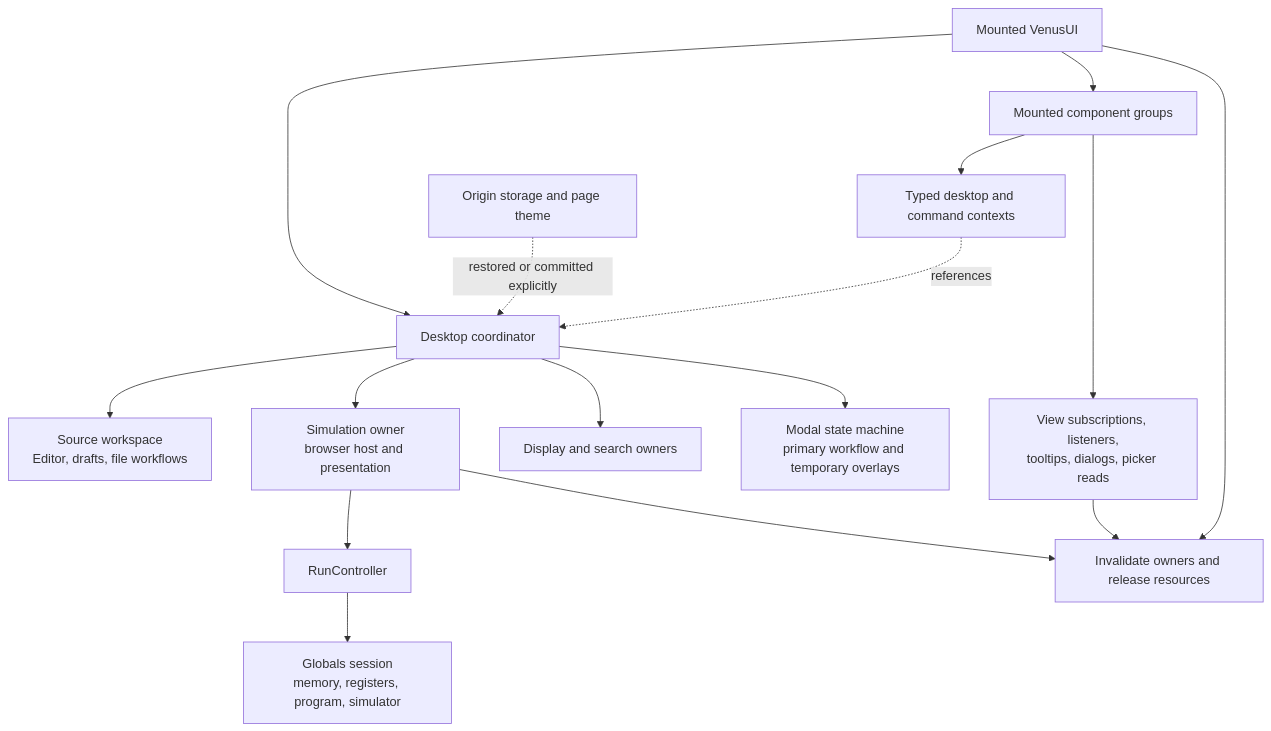
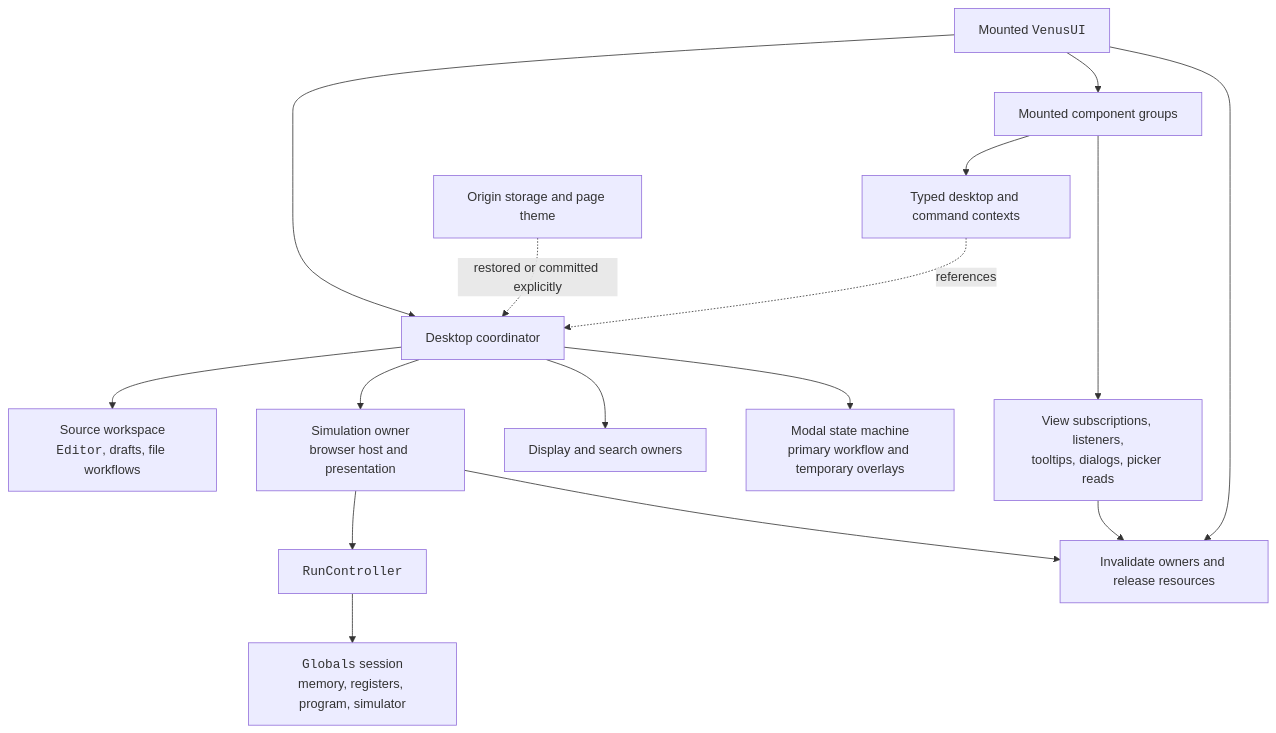
One commit to awpala/MARS-ts changed the first of 2 diagrams in docs/adrs/0006-object-lifetime-management.md. Above: the diagram before and after it, drawn with Mermaid. The commit also changed 9 other files, not shown here.

Commit message:
chore: add code/monospace formatting to diagram blocks

````diff
--- a/docs/adrs/0006-object-lifetime-management.md
+++ b/docs/adrs/0006-object-lifetime-management.md
@@ -24,18 +24,18 @@
 ```mermaid
 flowchart TB
-    Root["Mounted VenusUI"] --> Desktop["Desktop coordinator"]
-    Desktop --> Workspace["Source workspace<br/>Editor, drafts, file workflows"]
+    Root["Mounted <code>VenusUI</code>"] --> Desktop["Desktop coordinator"]
+    Desktop --> Workspace["Source workspace<br/><code>Editor</code>, drafts, file workflows"]
     Desktop --> Simulation["Simulation owner<br/>browser host and presentation"]
     Desktop --> Display["Display and search owners"]
     Desktop --> Modals["Modal state machine<br/>primary workflow and temporary overlays"]
     Root --> Views["Mounted component groups"]
     Context["Typed desktop and command contexts"] -. references .-> Desktop
     Views --> Context
-    Simulation --> Controller["RunController"]
-    Controller --> Machine["Globals session<br/>memory, registers, program, simulator"]
+    Simulation --> Controller["<code>RunController</code>"]
+    Controller --> Machine["<code>Globals</code> session<br/>memory, registers, program, simulator"]
     Views --> Local["View subscriptions, listeners,<br/>tooltips, dialogs, picker reads"]
     Persistent["Origin storage and page theme"] -. restored or committed explicitly .-> Desktop
     Root --> Teardown["Invalidate owners and release resources"]
     Local --> Teardown
     Simulation --> Teardown
 ```
````
